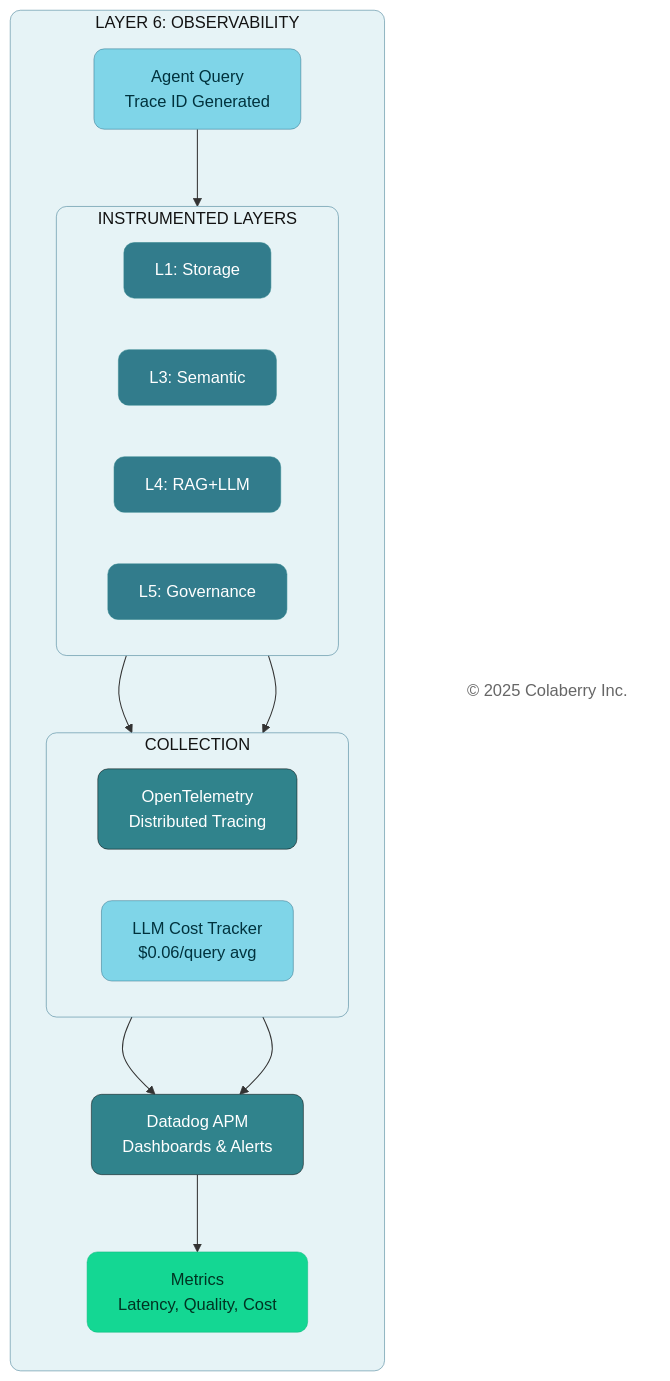
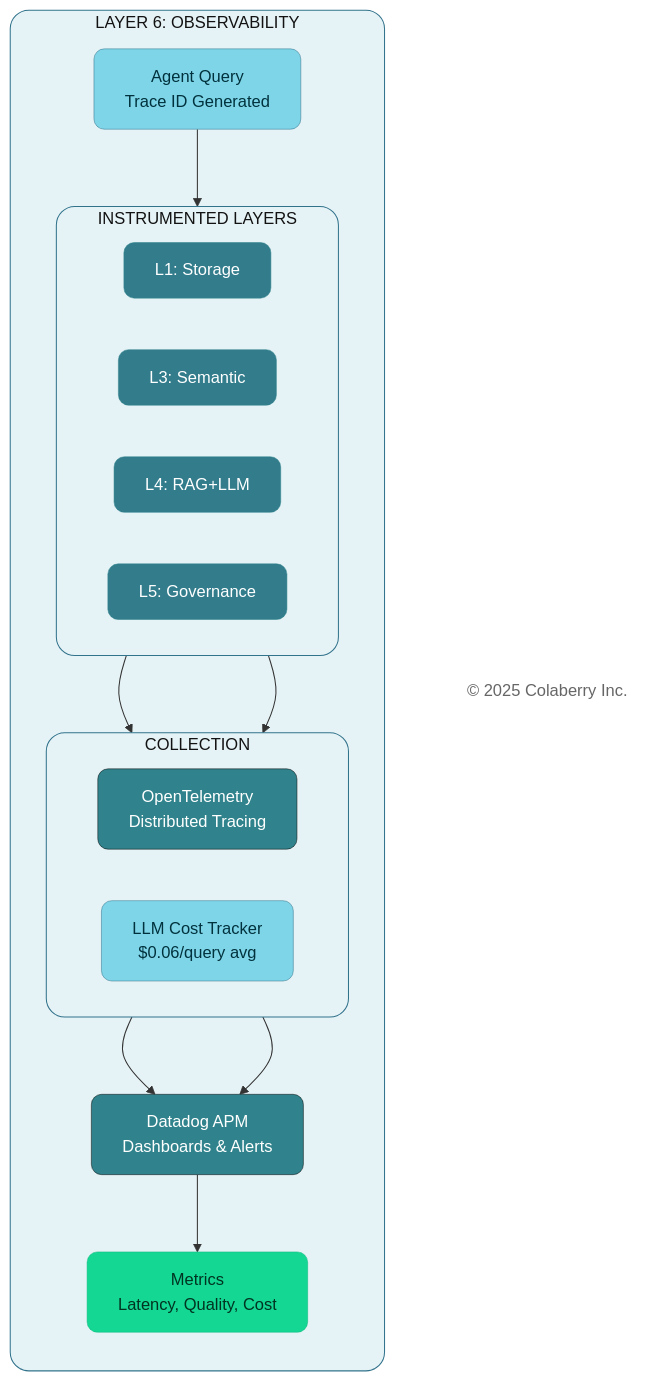
Before and after one commit to saitejesh-cyber/trust-before-intelligence-book: the seventh of 14 diagrams in manuscript/07_chapter_6_transparency_orchestration_layers.md, drawn with Mermaid. The commit also changed other lines of this file and 12 other files, not shown here.

````diff
--- a/manuscript/07_chapter_6_transparency_orchestration_layers.md
+++ b/manuscript/07_chapter_6_transparency_orchestration_layers.md
@@ -610,49 +614,49 @@
 ```mermaid
 
 graph TB
     subgraph LAYER6["LAYER 6: OBSERVABILITY"]
         direction TB
         Query["Agent Query<br/>Trace ID Generated"]
         
         subgraph LAYERS["INSTRUMENTED LAYERS"]
             direction LR
             L1["L1: Storage"]
             L3["L3: Semantic"]
             L4["L4: RAG+LLM"]
             L5["L5: Governance"]
         end
         
         subgraph COLLECTION["COLLECTION"]
             direction LR
             OTEL["OpenTelemetry<br/>Distributed Tracing"]
             LLM["LLM Cost Tracker<br/>$0.06/query avg"]
         end
         
         DD["Datadog APM<br/>Dashboards & Alerts"]
         Metrics["Metrics<br/>Latency, Quality, Cost"]
     end
     
     Copyright["© 2025 Colaberry Inc."]
     
     Query --> LAYERS
     LAYERS --> OTEL
     L4 --> LLM
     OTEL --> DD
     LLM --> DD
     DD --> Metrics
     
-    style LAYER6 fill:#E6F3F6,stroke:#32738C,stroke-width:0.5px,color:#121212,rx:10,ry:10
+    style LAYER6 fill:#E6F3F6,stroke:#32738C,stroke-width:1px,color:#121212,rx:18,ry:18
     style Query fill:#7FD5E8,stroke:#32738C,stroke-width:0.5px,color:#00323D,rx:10,ry:10
-    style LAYERS fill:#E6F3F6,stroke:#32738C,stroke-width:0.5px,color:#121212,rx:10,ry:10
+    style LAYERS fill:#E6F3F6,stroke:#32738C,stroke-width:1px,color:#121212,rx:18,ry:18
     style L1 fill:#327C8C,stroke:#30838C,stroke-width:0.5px,color:#ffffff,rx:10,ry:10
     style L3 fill:#327C8C,stroke:#30838C,stroke-width:0.5px,color:#ffffff,rx:10,ry:10
     style L4 fill:#327C8C,stroke:#30838C,stroke-width:0.5px,color:#ffffff,rx:10,ry:10
     style L5 fill:#327C8C,stroke:#30838C,stroke-width:0.5px,color:#ffffff,rx:10,ry:10
-    style COLLECTION fill:#E6F3F6,stroke:#32738C,stroke-width:0.5px,color:#121212,rx:10,ry:10
+    style COLLECTION fill:#E6F3F6,stroke:#32738C,stroke-width:1px,color:#121212,rx:18,ry:18
     style OTEL fill:#30838C,color:#ffffff,stroke:#0D0D0D,stroke-width:0.5px,rx:10,ry:10
     style LLM fill:#7FD5E8,stroke:#32738C,stroke-width:0.5px,color:#00323D,rx:10,ry:10
     style DD fill:#30838C,color:#ffffff,stroke:#0D0D0D,stroke-width:0.5px,rx:10,ry:10
     style Metrics fill:#14D793,color:#003322,stroke:#0FB67D,stroke-width:0.5px,rx:10,ry:10
     style Copyright fill:none,stroke:none,color:#666666
 
 ```
````
